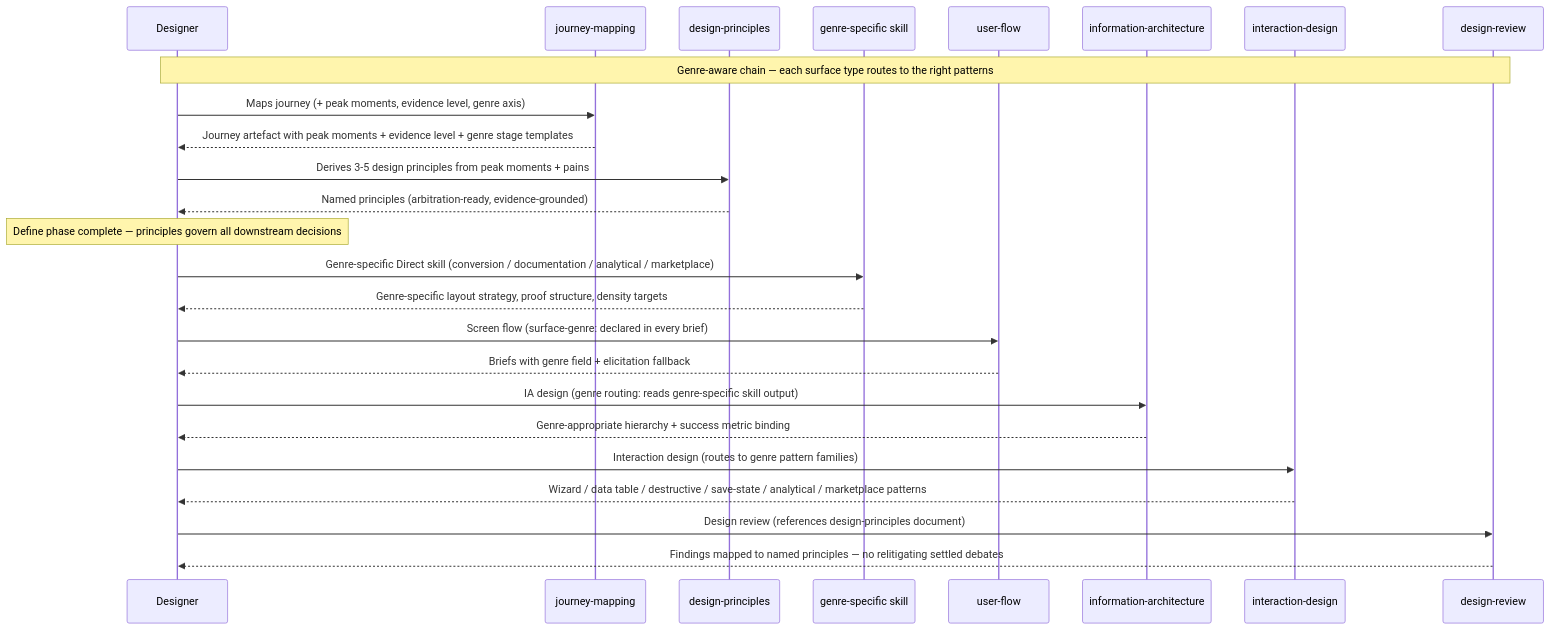
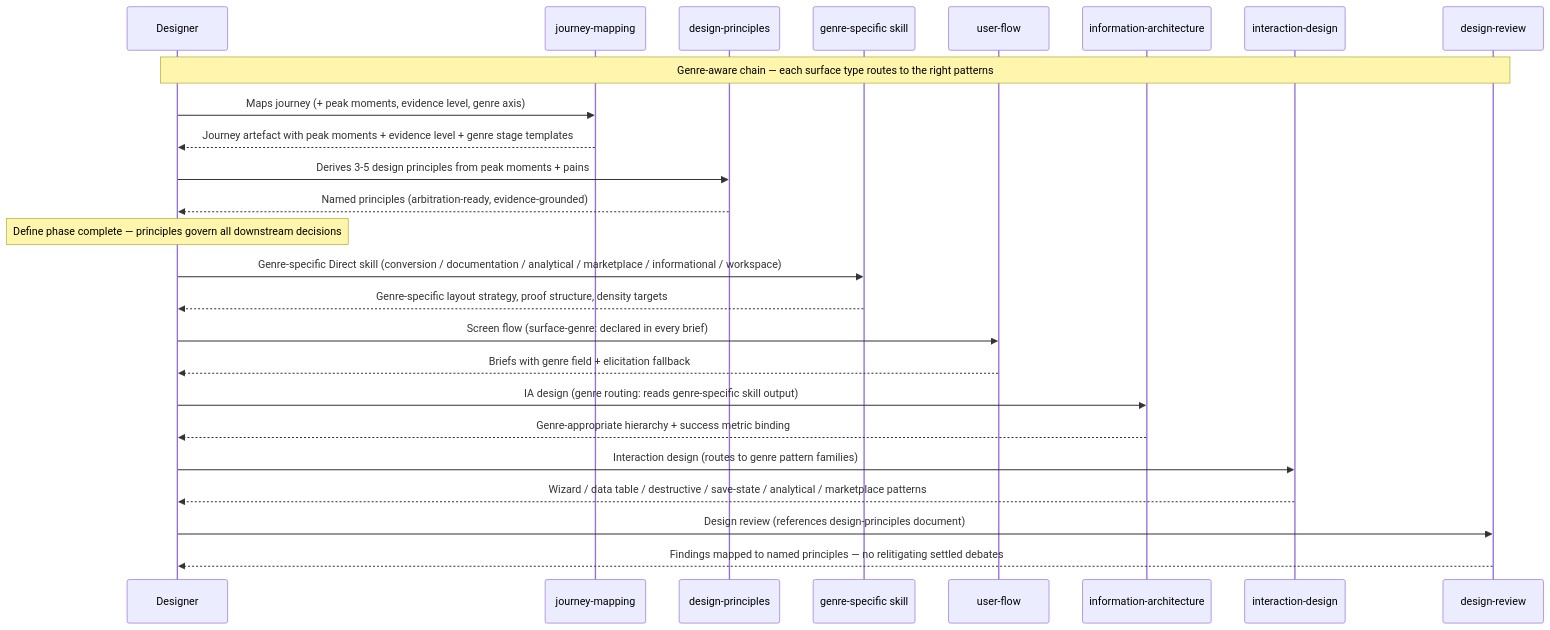
The second of 2 diagrams in docs/product/journeys/designer-designs-surface.md (eugenelim/agent-ready-repo), drawn with Mermaid before and after one commit. The commit also changed other lines of this file and 1 other file, not shown here.

````diff
--- a/docs/product/journeys/designer-designs-surface.md
+++ b/docs/product/journeys/designer-designs-surface.md
@@ -86,28 +86,28 @@
 ```mermaid
 sequenceDiagram
     participant D as Designer
     participant JM as journey-mapping
     participant DP as design-principles
     participant GS as genre-specific skill
     participant UF as user-flow
     participant IA as information-architecture
     participant ID as interaction-design
     participant DR as design-review
 
     Note over D,DR: Genre-aware chain — each surface type routes to the right patterns
     D->>JM: Maps journey (+ peak moments, evidence level, genre axis)
     JM-->>D: Journey artefact with peak moments + evidence level + genre stage templates
     D->>DP: Derives 3-5 design principles from peak moments + pains
     DP-->>D: Named principles (arbitration-ready, evidence-grounded)
     Note over D: Define phase complete — principles govern all downstream decisions
-    D->>GS: Genre-specific Direct skill (conversion / documentation / analytical / marketplace)
+    D->>GS: Genre-specific Direct skill (conversion / documentation / analytical / marketplace / informational / workspace)
     GS-->>D: Genre-specific layout strategy, proof structure, density targets
     D->>UF: Screen flow (surface-genre: declared in every brief)
     UF-->>D: Briefs with genre field + elicitation fallback
     D->>IA: IA design (genre routing: reads genre-specific skill output)
     IA-->>D: Genre-appropriate hierarchy + success metric binding
     D->>ID: Interaction design (routes to genre pattern families)
     ID-->>D: Wizard / data table / destructive / save-state / analytical / marketplace patterns
     D->>DR: Design review (references design-principles document)
     DR-->>D: Findings mapped to named principles — no relitigating settled debates
 ```
````
